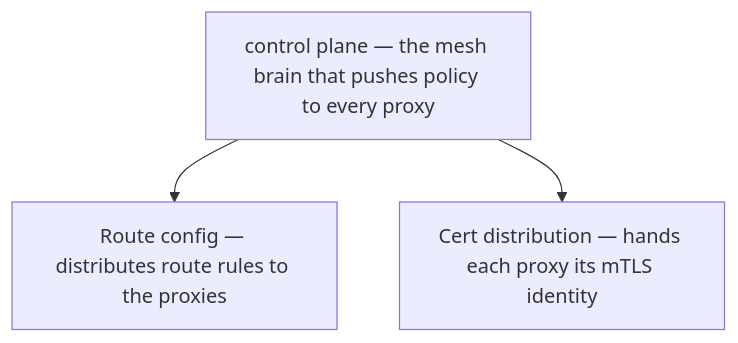
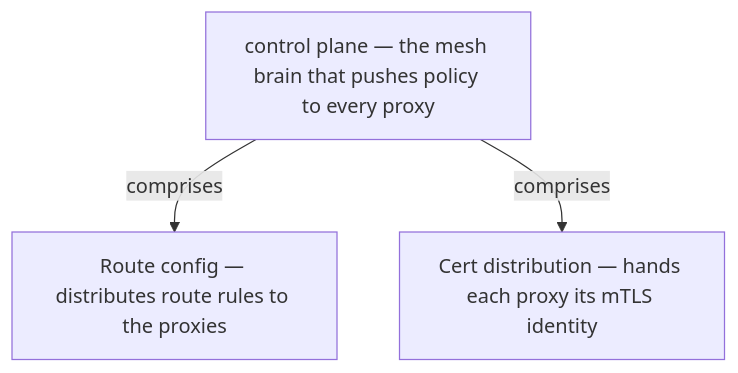
One commit to vinayakuber/microservices-io-study-guide changed the seventh of 13 diagrams in docs/ch40-service-mesh.md. Above: the diagram before and after it, drawn with Mermaid. The commit also changed other lines of this file and 71 other files, not shown here.

First line of the commit message:
R18: label every diagram arrow with its meaning

````diff
--- a/docs/ch40-service-mesh.md
+++ b/docs/ch40-service-mesh.md
@@ -217,6 +217,6 @@
 ```mermaid
 flowchart TD
   R["control plane — the mesh brain that pushes policy to every proxy"]
-  R --> P0["Route config — distributes route rules to the proxies"]
-  R --> P1["Cert distribution — hands each proxy its mTLS identity"]
+  R -->|"comprises"| P0["Route config — distributes route rules to the proxies"]
+  R -->|"comprises"| P1["Cert distribution — hands each proxy its mTLS identity"]
 ```
````
